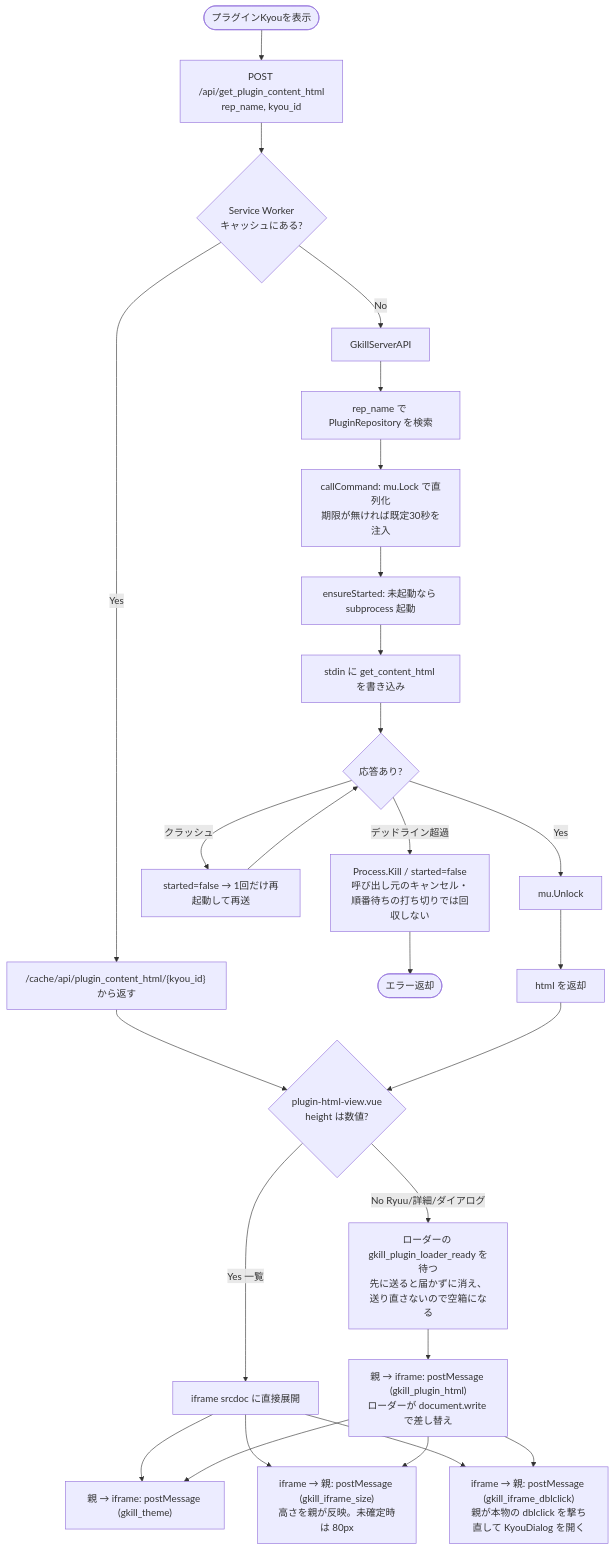
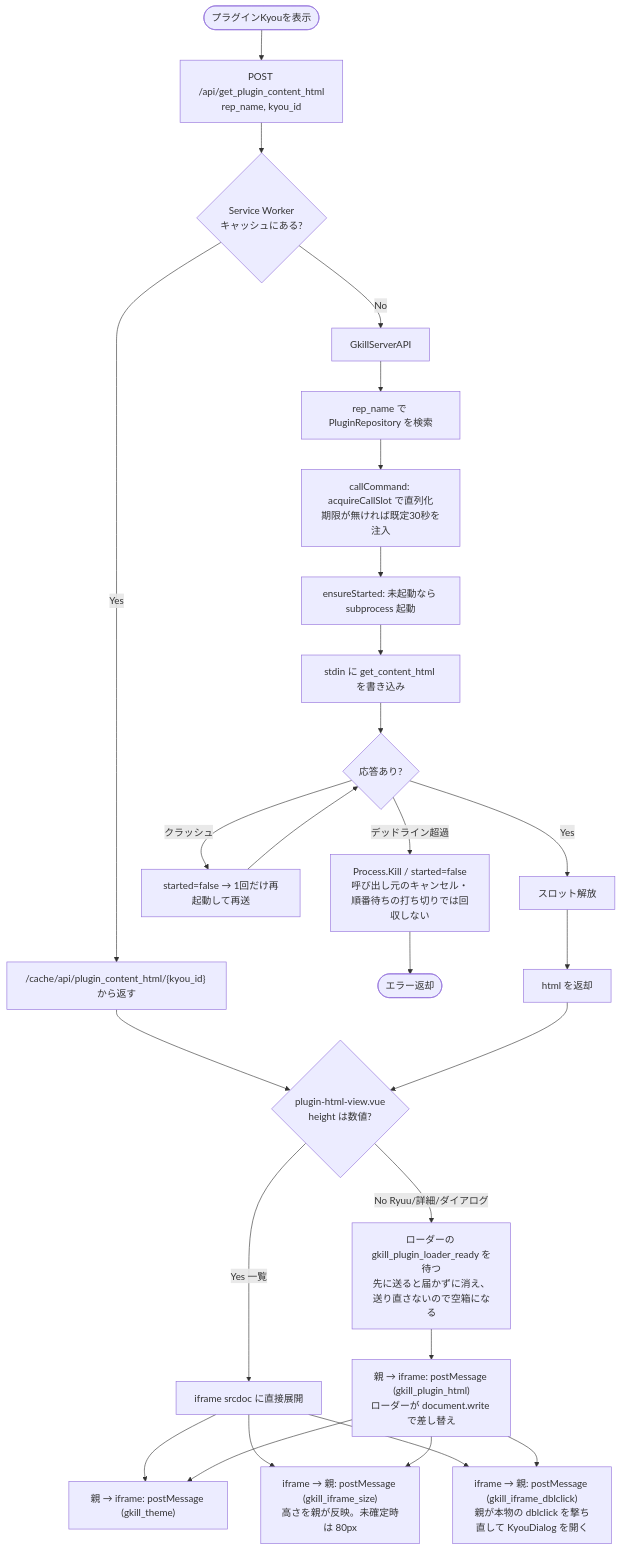
Diagram 11 of 15 in documents/reverse/activity-diagrams.md (mt3hr/gkill), drawn with Mermaid before and after one commit. The commit also changed other lines of this file and 220 other files, not shown here.

````diff
--- a/documents/reverse/activity-diagrams.md
+++ b/documents/reverse/activity-diagrams.md
@@ -351,34 +349,34 @@
 ```mermaid
 flowchart TD
     Start([プラグインKyouを表示]) --> Req[POST /api/get_plugin_content_html<br>rep_name, kyou_id]
     Req --> SW{Service Worker<br>キャッシュにある?}
     SW -->|Yes| FromCache["/cache/api/plugin_content_html/{kyou_id} から返す"]
     SW -->|No| Server[GkillServerAPI]
 
     Server --> FindRep[rep_name で PluginRepository を検索]
-    FindRep --> Lock[callCommand: mu.Lock で直列化<br>期限が無ければ既定30秒を注入]
+    FindRep --> Lock[callCommand: acquireCallSlot で直列化<br>期限が無ければ既定30秒を注入]
     Lock --> Ensure[ensureStarted: 未起動なら subprocess 起動]
     Ensure --> Send[stdin に get_content_html を書き込み]
     Send --> Recv{応答あり?}
 
     Recv -->|デッドライン超過| Kill[Process.Kill / started=false<br>呼び出し元のキャンセル・順番待ちの打ち切りでは回収しない]
     Kill --> ErrOut([エラー返却])
     Recv -->|クラッシュ| Retry[started=false → 1回だけ再起動して再送]
     Retry --> Recv
-    Recv -->|Yes| Unlock[mu.Unlock]
+    Recv -->|Yes| Unlock[スロット解放]
 
     Unlock --> Html[html を返却]
     FromCache --> Render
     Html --> Render{plugin-html-view.vue<br>height は数値?}
 
     Render -->|Yes 一覧| Srcdoc[iframe srcdoc に直接展開]
     Render -->|No Ryuu/詳細/ダイアログ| Wait["ローダーの gkill_plugin_loader_ready を待つ<br>先に送ると届かずに消え、送り直さないので空箱になる"]
     Wait --> Inject["親 → iframe: postMessage (gkill_plugin_html)<br>ローダーが document.write で差し替え"]
 
     Srcdoc --> Theme
     Inject --> Theme["親 → iframe: postMessage (gkill_theme)"]
     Srcdoc --> Size
     Inject --> Size["iframe → 親: postMessage (gkill_iframe_size)<br>高さを親が反映。未確定時は 80px"]
     Srcdoc --> Dbl
     Inject --> Dbl["iframe → 親: postMessage (gkill_iframe_dblclick)<br>親が本物の dblclick を撃ち直して KyouDialog を開く"]
 ```
````
